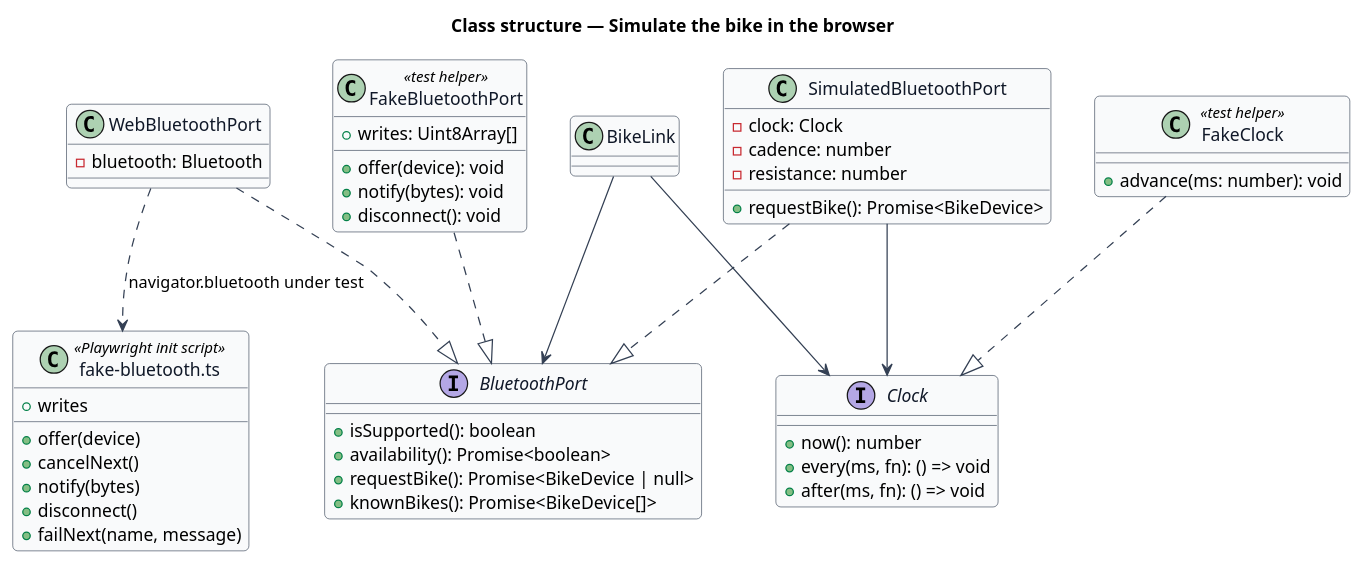
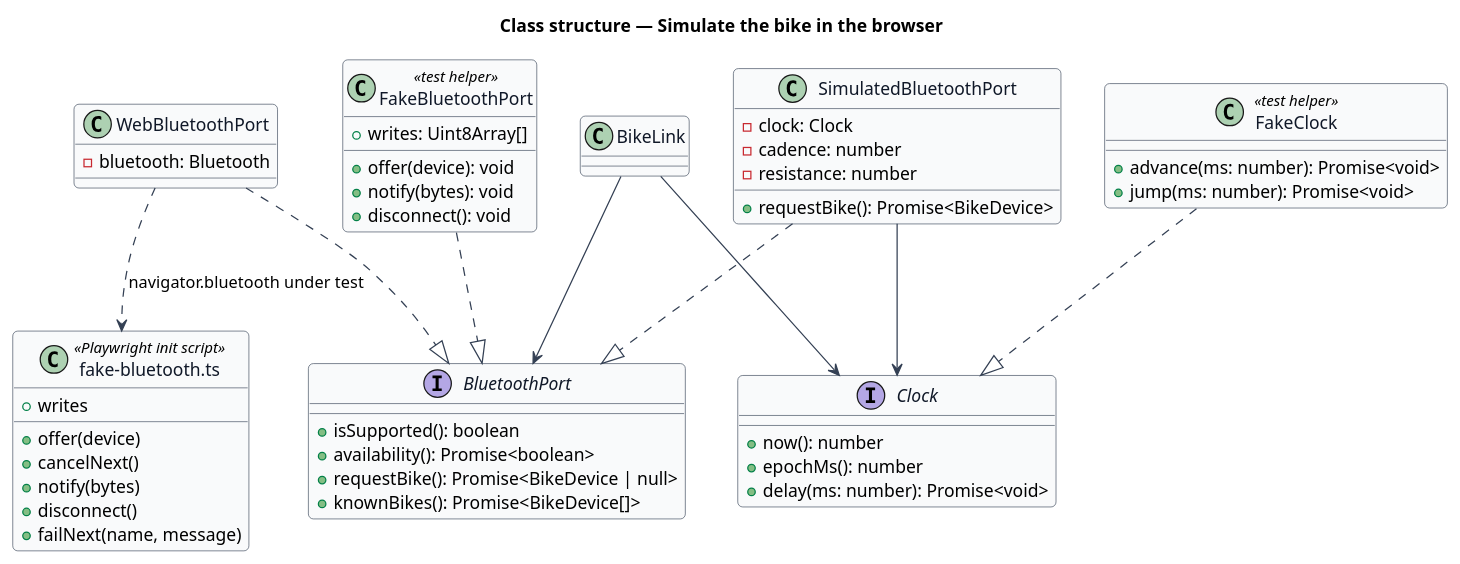
The diagram in docs/detailed-designs/browser-edition/simulate-bike-in-browser/diagrams/class-structure.puml (QuinntyneBrown/ride-one), drawn with PlantUML before and after one commit. The commit also changed 25 other files, not shown here.

```diff
--- a/docs/detailed-designs/browser-edition/simulate-bike-in-browser/diagrams/class-structure.puml
+++ b/docs/detailed-designs/browser-edition/simulate-bike-in-browser/diagrams/class-structure.puml
@@ -1,61 +1,62 @@
 @startuml
 skinparam backgroundColor #FFFFFF
 skinparam shadowing false
 skinparam roundcorner 8
 skinparam defaultFontName Arial
 skinparam ArrowColor #344054
 skinparam class {
   BorderColor #344054
   FontColor #101828
   BackgroundColor #F9FAFB
 }
 title Class structure — Simulate the bike in the browser
 
 interface BluetoothPort {
   +isSupported(): boolean
   +availability(): Promise<boolean>
   +requestBike(): Promise<BikeDevice | null>
   +knownBikes(): Promise<BikeDevice[]>
 }
 class WebBluetoothPort {
   -bluetooth: Bluetooth
 }
 class SimulatedBluetoothPort {
   -clock: Clock
   -cadence: number
   -resistance: number
   +requestBike(): Promise<BikeDevice>
 }
 class FakeBluetoothPort <<test helper>> {
   +offer(device): void
   +notify(bytes): void
   +disconnect(): void
   +writes: Uint8Array[]
 }
 interface Clock {
   +now(): number
-  +every(ms, fn): () => void
-  +after(ms, fn): () => void
+  +epochMs(): number
+  +delay(ms: number): Promise<void>
 }
 class FakeClock <<test helper>> {
-  +advance(ms: number): void
+  +advance(ms: number): Promise<void>
+  +jump(ms: number): Promise<void>
 }
 class BikeLink
 class "fake-bluetooth.ts" as fixture <<Playwright init script>> {
   +offer(device)
   +cancelNext()
   +notify(bytes)
   +disconnect()
   +failNext(name, message)
   +writes
 }
 
 WebBluetoothPort ..|> BluetoothPort
 SimulatedBluetoothPort ..|> BluetoothPort
 FakeBluetoothPort ..|> BluetoothPort
 FakeClock ..|> Clock
 SimulatedBluetoothPort --> Clock
 BikeLink --> BluetoothPort
 BikeLink --> Clock
 WebBluetoothPort ..> fixture : navigator.bluetooth under test
 @enduml
```
